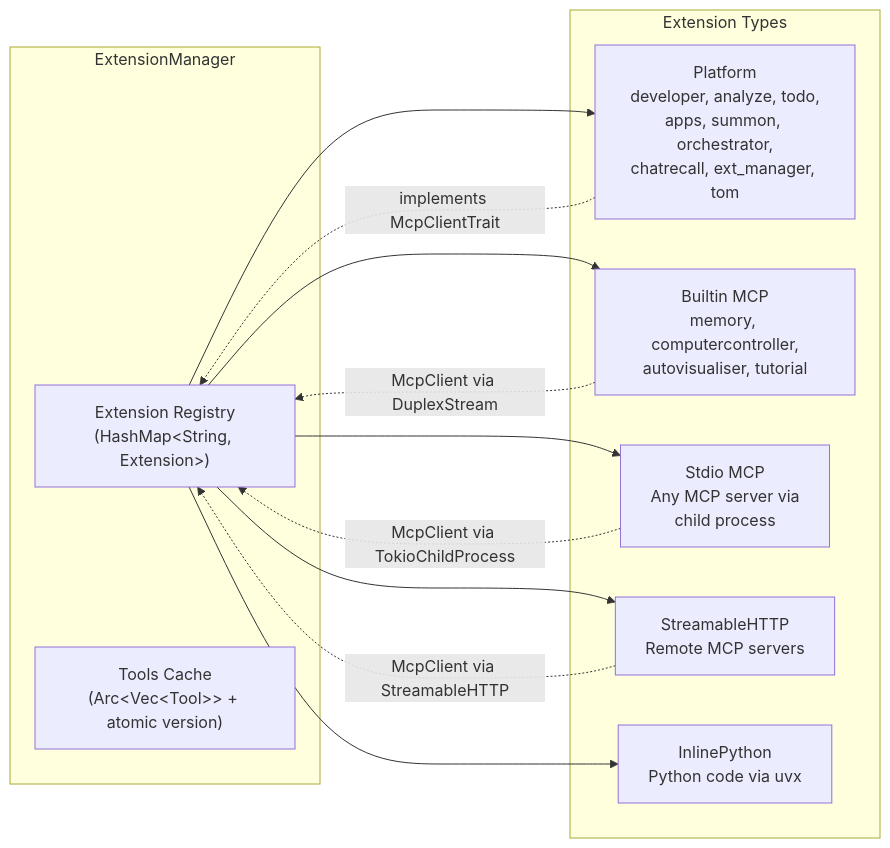
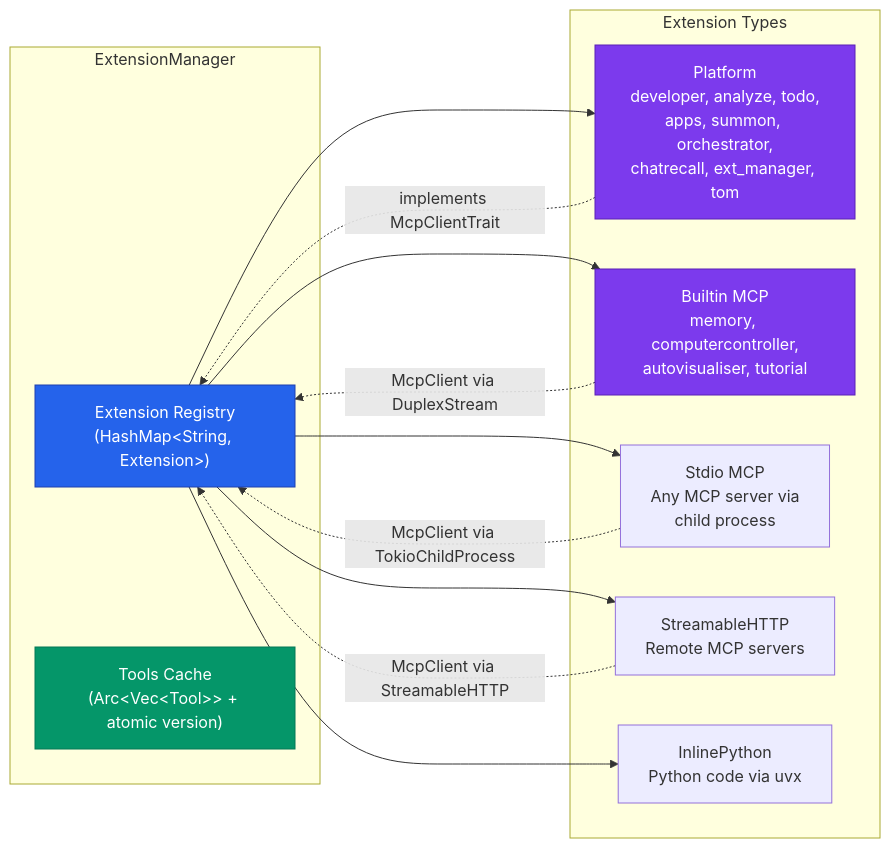
One commit to Codeblackbyshazzy/awesome-ai-anatomy changed the third of 3 diagrams in goose/README.md. Above: the diagram before and after it, drawn with Mermaid. The commit also changed other lines of this file and 6 other files, not shown here.

Commit message:
feat: AIDA optimization — teardown titles, diagram styles, hooks

````diff
--- a/goose/README.md
+++ b/goose/README.md
@@ -196,26 +209,37 @@
 ```mermaid
 graph LR
     subgraph ExtensionManager
         Registry["Extension Registry<br/>(HashMap&lt;String, Extension&gt;)"]
         ToolsCache["Tools Cache<br/>(Arc&lt;Vec&lt;Tool&gt;&gt; + atomic version)"]
     end
 
     subgraph ExtensionTypes["Extension Types"]
         PlatformExt["Platform<br/>developer, analyze, todo,<br/>apps, summon, orchestrator,<br/>chatrecall, ext_manager, tom"]
         BuiltinExt["Builtin MCP<br/>memory, computercontroller,<br/>autovisualiser, tutorial"]
         StdioExt["Stdio MCP<br/>Any MCP server via<br/>child process"]
         HttpExt["StreamableHTTP<br/>Remote MCP servers"]
         InlinePy["InlinePython<br/>Python code via uvx"]
     end
 
     Registry --> PlatformExt
     Registry --> BuiltinExt
     Registry --> StdioExt
     Registry --> HttpExt
     Registry --> InlinePy
 
     PlatformExt -.->|"implements McpClientTrait"| Registry
     BuiltinExt -.->|"McpClient via DuplexStream"| Registry
     StdioExt -.->|"McpClient via TokioChildProcess"| Registry
     HttpExt -.->|"McpClient via StreamableHTTP"| Registry
+
+    classDef primary fill:#2563eb,stroke:#1e40af,color:#fff
+    classDef secondary fill:#7c3aed,stroke:#5b21b6,color:#fff
+    classDef accent fill:#059669,stroke:#047857,color:#fff
+    classDef warn fill:#d97706,stroke:#b45309,color:#fff
+    classDef neutral fill:#374151,stroke:#1f2937,color:#fff
+
+    class Registry primary
+    class ToolsCache accent
+    class PlatformExt secondary
+    class BuiltinExt secondary
 ```
````
